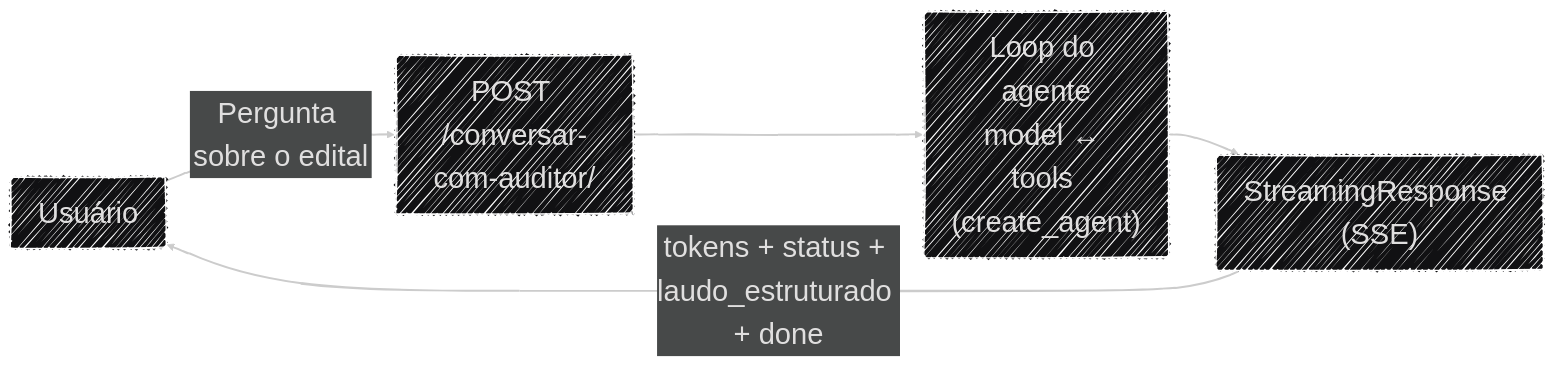
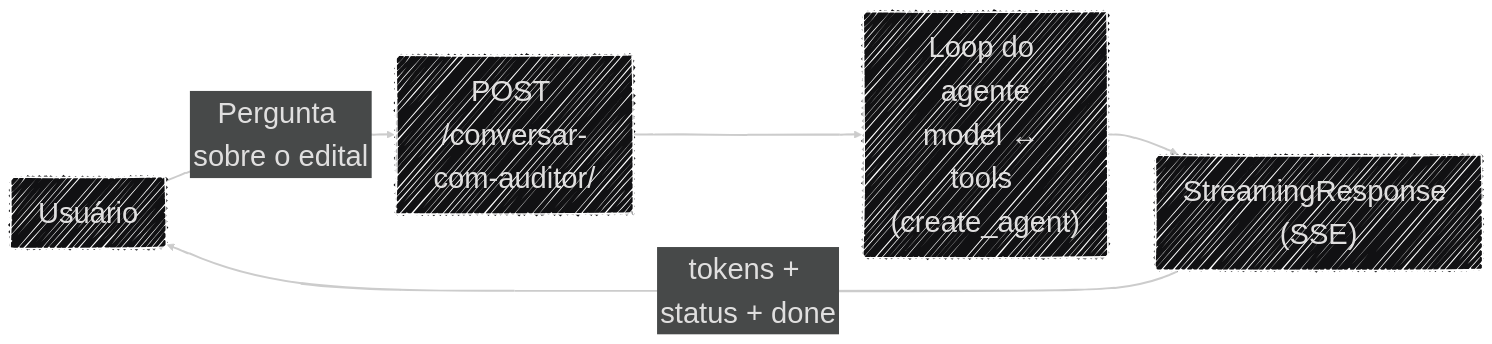
The second of 3 diagrams in docs/arquitetura/fluxo_dados.md (Moreira-89/auditor-cidadao), drawn with Mermaid before and after one commit. The commit also changed other lines of this file and 17 other files, not shown here.

````diff
--- a/docs/arquitetura/fluxo_dados.md
+++ b/docs/arquitetura/fluxo_dados.md
@@ -46,17 +54,17 @@
 ```mermaid
 ---
 config:
   layout: dagre
   theme: redux-dark
   look: handDrawn
   fontFamily: '''Source Code Pro Variable'', monospace'
   themeVariables:
     fontFamily: '''Source Code Pro Variable'', monospace'
     fontSize: '32px'
 ---
 flowchart LR
     U["Usuário"] -->|"Pergunta sobre o edital"| CHAT["POST /conversar-com-auditor/"]
     CHAT --> AGENTE["Loop do agente<br>model ↔ tools (create_agent)"]
     AGENTE --> SSE["StreamingResponse (SSE)"]
-    SSE -->|"tokens + status + laudo_estruturado + done"| U
+    SSE -->|"tokens + status + done"| U
 ```
````
